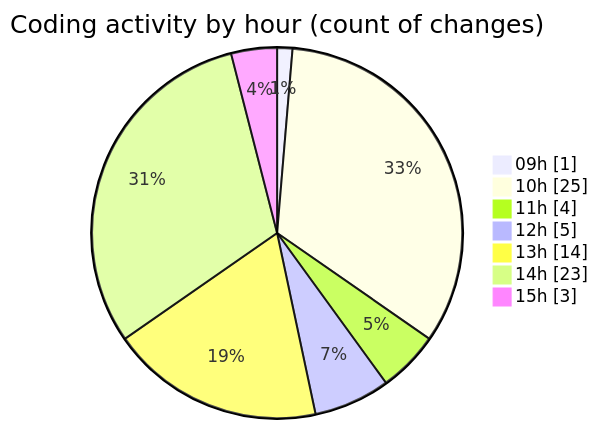
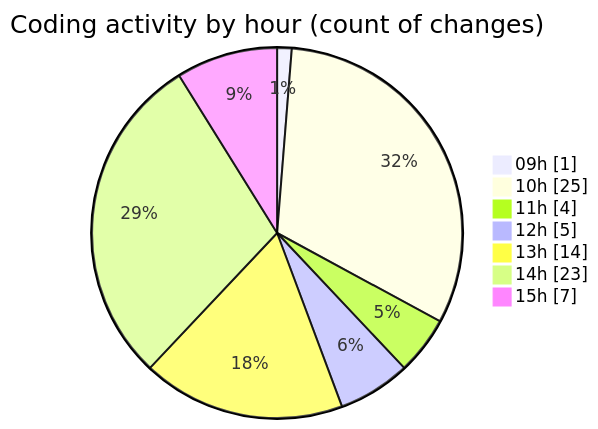
One commit to julien-gomy/code-tracking changed the second of 2 diagrams in 2025-11-17/eventscop-frontend-guide__workspace_/README.md. Above: the diagram before and after it, drawn with Mermaid. The commit also changed other lines of this file and 1 other file, not shown here.

````diff
--- a/2025-11-17/eventscop-frontend-guide__workspace_/README.md
+++ b/2025-11-17/eventscop-frontend-guide__workspace_/README.md
@@ -55,11 +55,11 @@
 ```mermaid
 pie showData
 title Coding activity by hour (count of changes)
 "09h" : 1
 "10h" : 25
 "11h" : 4
 "12h" : 5
 "13h" : 14
 "14h" : 23
-"15h" : 3
+"15h" : 7
 ```
````
